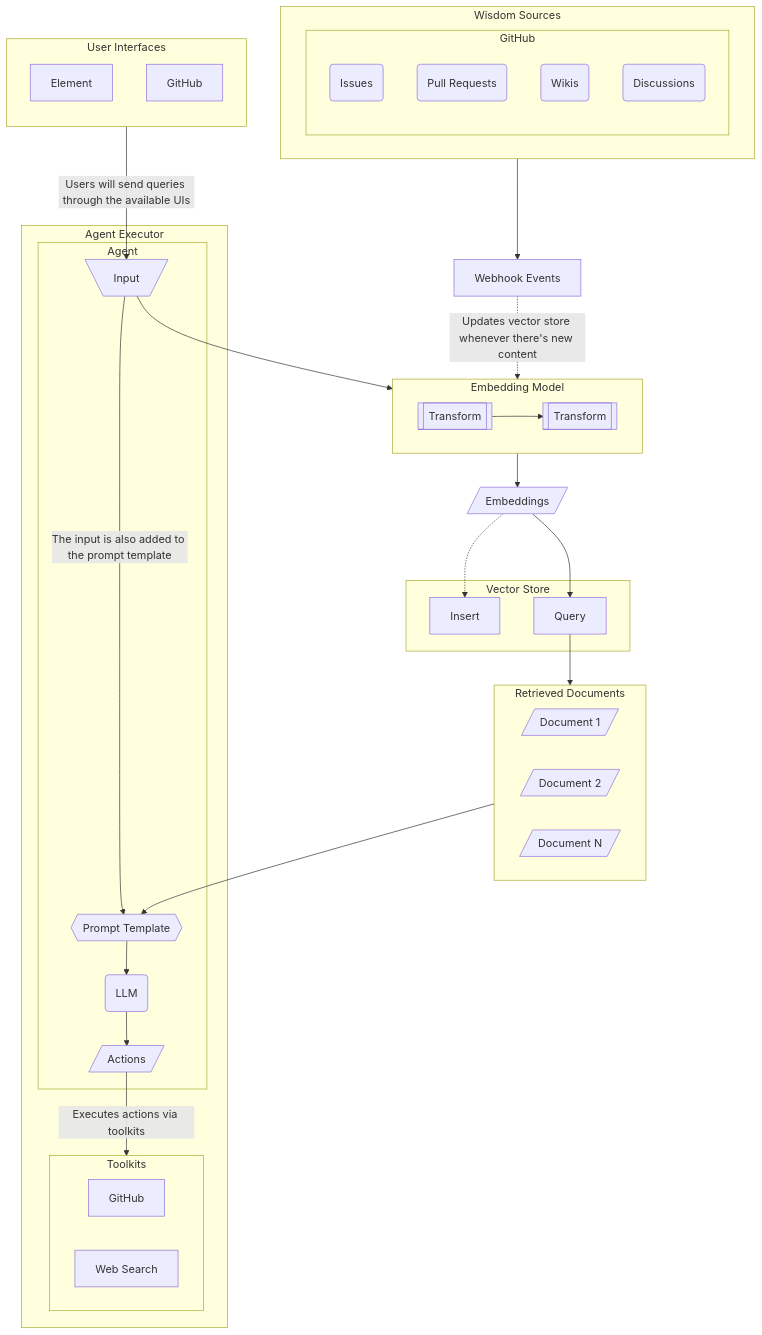
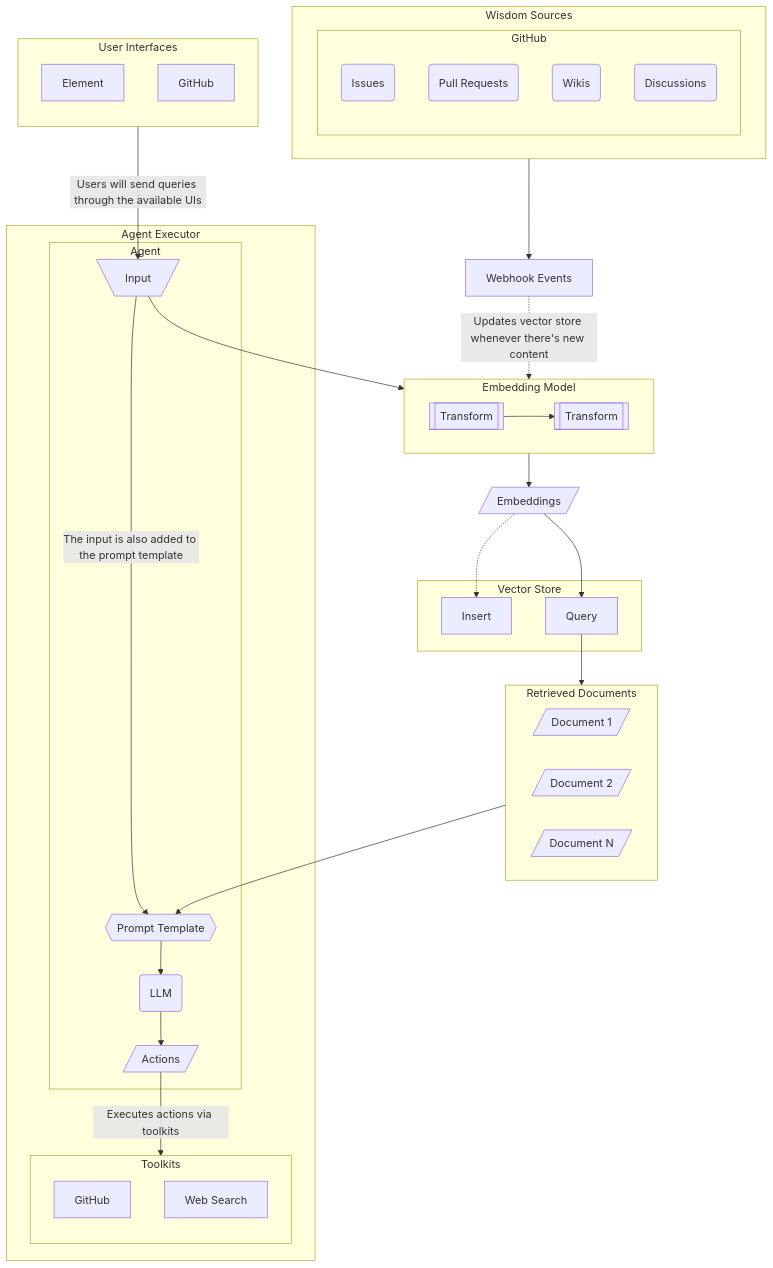
The diagram in README.md (1712n/wall-e), drawn with Mermaid before and after one commit.

Commit message:
fix(docs): diagram direction

````diff
--- a/README.md
+++ b/README.md
@@ -17,72 +17,73 @@
 ```mermaid
 graph TB
   subgraph GitHubSources[GitHub]
     Issues(Issues)
     PullRequests(Pull Requests)
     Wikis(Wikis)
     Discussions(Discussions)
   end
 
   subgraph WisdomSources[Wisdom Sources]
     GitHubSources
   end
 
   subgraph EmbeddingModel[Embedding Model]
     Transform[[Transform]]
     Embed[[Transform]]
   end
 
   Transform --> Embed
 
   subgraph VectorStore[Vector Store]
     VectorStoreInsert[Insert]
     VectorStoreQuery[Query]
   end
 
   WisdomSources --> WebhookEvents[Webhook Events]
   WebhookEvents .->|Updates vector store whenever there's new content| EmbeddingModel
   Embeddings .-> VectorStoreInsert
 
   subgraph UserInterfaces[User Interfaces]
     direction TB
     Element
     GitHub
   end
 
   subgraph Agent
     Input[\Input/]
     PromptTemplate{{Prompt Template}}
     LLM(LLM)
     Actions[/Actions/]
   end
 
   subgraph Toolkits
+    direction TB
     GitHubAction[GitHub]
     WebSearchAction[Web Search]
   end
 
   subgraph AgentExecutor[Agent Executor]
     Agent
     Toolkits
   end
 
   Embeddings[/Embeddings/]
 
   UserInterfaces -->|Users will send queries through the available UIs| Input
   Input --> EmbeddingModel
   Embeddings --> VectorStoreQuery
   Input -->|The input is also added to the prompt template| PromptTemplate
   EmbeddingModel --> Embeddings
 
   subgraph RetrievedDocuments[Retrieved Documents]
     Document1[/Document 1/]
     Document2[/Document 2/]
     DocumentN[/Document N/]
   end
 
   VectorStoreQuery --> RetrievedDocuments
   RetrievedDocuments --> PromptTemplate
   PromptTemplate --> LLM
   LLM --> Actions
   Actions -->|Executes actions via toolkits| Toolkits
 ```
````
